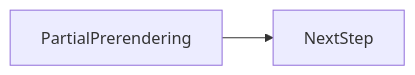
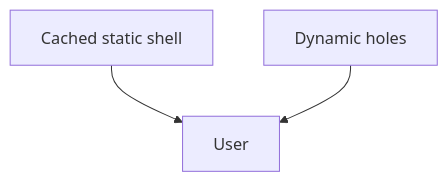
Before and after one commit to OmidJavaherii/Frontend-Engineering-Handbook: the second of 2 diagrams in docs/en/11-nextjs/partial-prerendering/index.md, drawn with Mermaid. The commit also changed other lines of this file and 461 other files, not shown here.

````diff
--- a/docs/en/11-nextjs/partial-prerendering/index.md
+++ b/docs/en/11-nextjs/partial-prerendering/index.md
@@ -95,4 +117,5 @@
 ```mermaid
-flowchart LR
-  concept[PartialPrerendering] --> nextStep[NextStep]
+flowchart TD
+  CDN[Cached static shell] --> User
+  Origin[Dynamic holes] --> User
 ```
````
